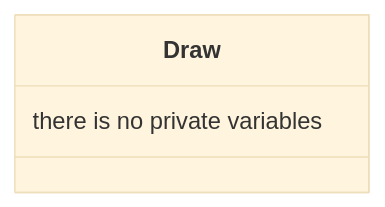
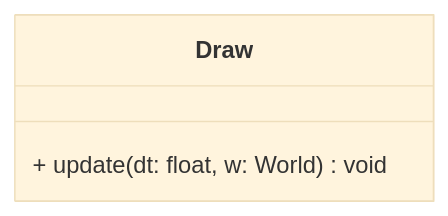
The diagram in docs/ECS/systems/Draw.md (MYAMBO/R-Type), drawn with Mermaid (base theme) before and after one commit. The commit also changed other lines of this file and 8 other files, not shown here.

````diff
--- a/docs/ECS/systems/Draw.md
+++ b/docs/ECS/systems/Draw.md
@@ -11,6 +31,6 @@
 ```mermaid
 classDiagram
   class Draw {
-    there is no private variables
+    + update(dt: float, w: World) void
   }
 ```
````
